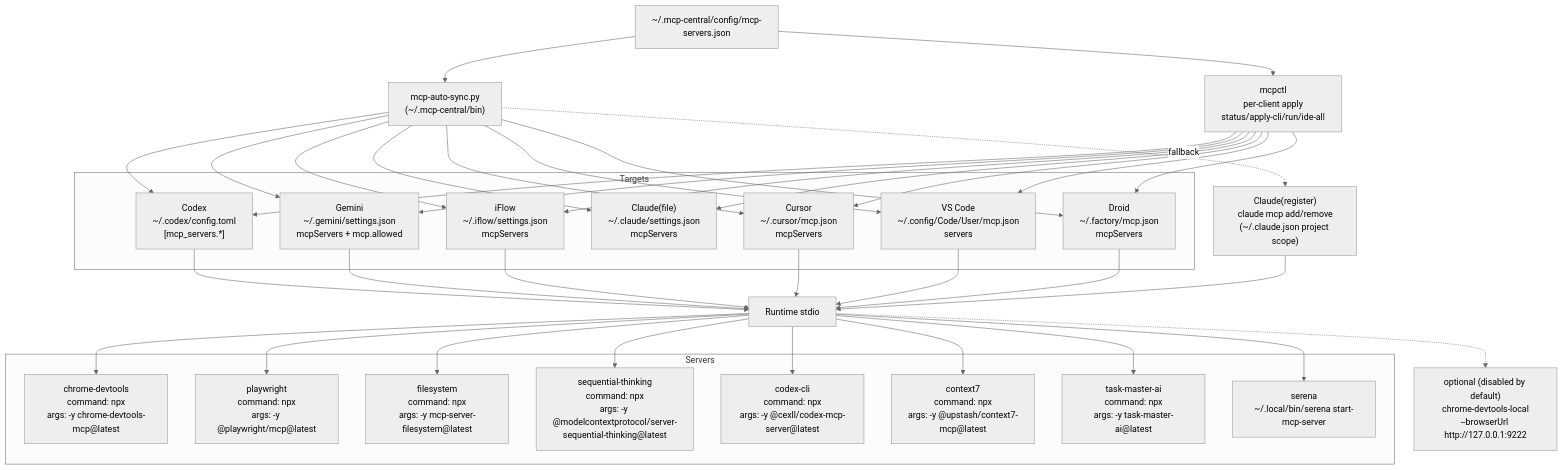
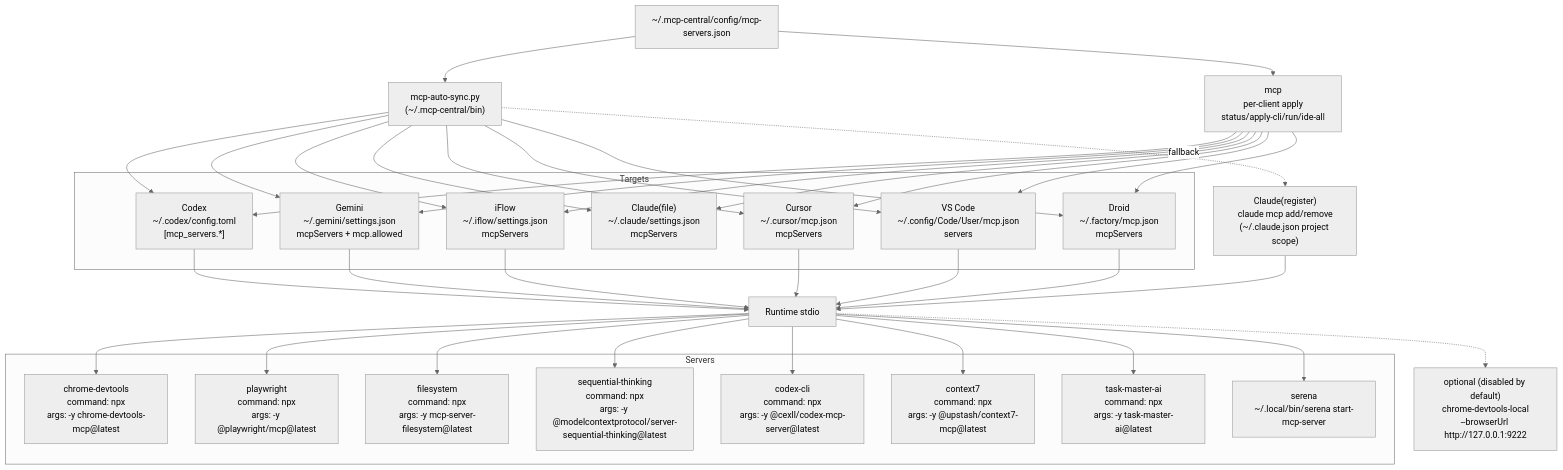
The diagram in docs/mcp-architecture.mmd (czdtech/mcp-local-manager), drawn with Mermaid (neutral theme) before and after one commit. The commit also changed 11 other files, not shown here.

Commit message:
cli: make mcp the sole CLI; remove old alias and binary; update scripts/docs/diagrams; changelog v1.3.0

```diff
--- a/docs/mcp-architecture.mmd
+++ b/docs/mcp-architecture.mmd
@@ -1,63 +1,63 @@
 flowchart TD
   CENTRAL["~/.mcp-central/config/mcp-servers.json"] --> SYNC["mcp-auto-sync.py<br/>(~/.mcp-central/bin)"]
-  CENTRAL --> MCPCTL["mcpctl<br/>per-client apply<br/>status/apply-cli/run/ide-all"]
+  CENTRAL --> MCP["mcp<br/>per-client apply<br/>status/apply-cli/run/ide-all"]
 
   subgraph Targets
     CODEX["Codex<br/>~/.codex/config.toml<br/>[mcp_servers.*]"]
     GEMINI["Gemini<br/>~/.gemini/settings.json<br/>mcpServers + mcp.allowed"]
     IFLOW["iFlow<br/>~/.iflow/settings.json<br/>mcpServers"]
     CLAUDE_FILE["Claude(file)<br/>~/.claude/settings.json<br/>mcpServers"]
     CURSOR["Cursor<br/>~/.cursor/mcp.json<br/>mcpServers"]
     VSCODE["VS Code<br/>~/.config/Code/User/mcp.json<br/>servers"]
     DROID["Droid<br/>~/.factory/mcp.json<br/>mcpServers"]
   end
 
   SYNC --> CODEX
   SYNC --> GEMINI
   SYNC --> IFLOW
   SYNC --> CLAUDE_FILE
   SYNC --> CURSOR
   SYNC --> VSCODE
   SYNC --> DROID
-  MCPCTL --> CODEX
-  MCPCTL --> GEMINI
-  MCPCTL --> IFLOW
-  MCPCTL --> CLAUDE_FILE
-  MCPCTL --> CURSOR
-  MCPCTL --> VSCODE
-  MCPCTL --> DROID
+  MCP --> CODEX
+  MCP --> GEMINI
+  MCP --> IFLOW
+  MCP --> CLAUDE_FILE
+  MCP --> CURSOR
+  MCP --> VSCODE
+  MCP --> DROID
 
   CLAUDE_REG["Claude(register)<br/>claude mcp add/remove<br/>(~/.claude.json project scope)"]
   SYNC -. fallback .-> CLAUDE_REG
 
   RUNTIME[Runtime stdio]
   CODEX --> RUNTIME
   GEMINI --> RUNTIME
   IFLOW --> RUNTIME
   CLAUDE_REG --> RUNTIME
   CURSOR --> RUNTIME
   VSCODE --> RUNTIME
   DROID --> RUNTIME
 
   subgraph Servers
     CDT["chrome-devtools<br/>command: npx<br/>args: -y chrome-devtools-mcp@latest"]
     PW["playwright<br/>command: npx<br/>args: -y @playwright/mcp@latest"]
     FS["filesystem<br/>command: npx<br/>args: -y mcp-server-filesystem@latest"]
     ST["sequential-thinking<br/>command: npx<br/>args: -y @modelcontextprotocol/server-sequential-thinking@latest"]
     CMC["codex-cli<br/>command: npx<br/>args: -y @cexll/codex-mcp-server@latest"]
     CTX7["context7<br/>command: npx<br/>args: -y @upstash/context7-mcp@latest"]
     TMA["task-master-ai<br/>command: npx<br/>args: -y task-master-ai@latest"]
     SERENA["serena<br/>~/.local/bin/serena start-mcp-server"]
   end
 
   RUNTIME --> CDT
   RUNTIME --> PW
   RUNTIME --> FS
   RUNTIME --> ST
   RUNTIME --> CMC
   RUNTIME --> CTX7
   RUNTIME --> TMA
   RUNTIME --> SERENA
 
   CDT_LOCAL["optional (disabled by default)<br/>chrome-devtools-local<br/>--browserUrl http://127.0.0.1:9222"]
   RUNTIME -.-> CDT_LOCAL
```
